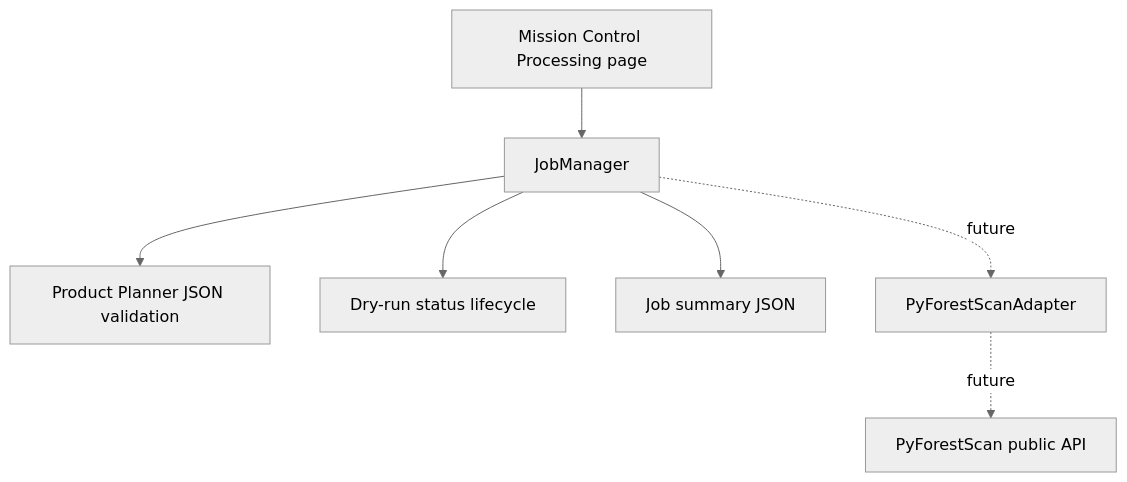
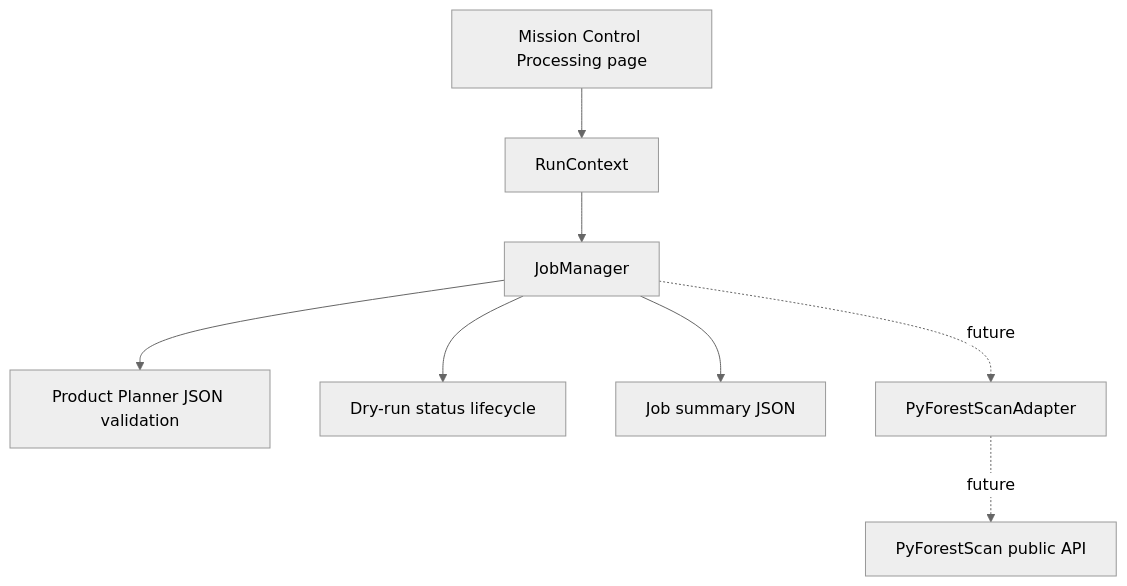
One commit to sticholas/pyforestscan-qgis changed the diagram in docs/development/JOB_EXECUTION.md. Above: the diagram before and after it, drawn with Mermaid (neutral theme). The commit also changed other lines of this file and 14 other files, not shown here.

Commit message:
Phase 8C: Simplify Mission Control run folder workflow

````diff
--- a/docs/development/JOB_EXECUTION.md
+++ b/docs/development/JOB_EXECUTION.md
@@ -13,9 +15,10 @@
 ```mermaid
 flowchart TD
-    A["Mission Control Processing page"] --> B["JobManager"]
+    A["Mission Control Processing page"] --> H["RunContext"]
+    H --> B["JobManager"]
     B --> C["Product Planner JSON validation"]
     B --> D["Dry-run status lifecycle"]
     B --> E["Job summary JSON"]
     B -."future".-> F["PyForestScanAdapter"]
     F -."future".-> G["PyForestScan public API"]
 ```
````
